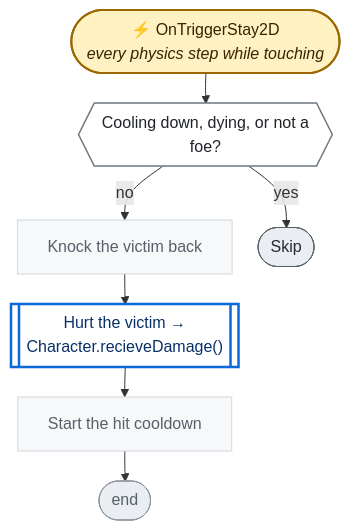
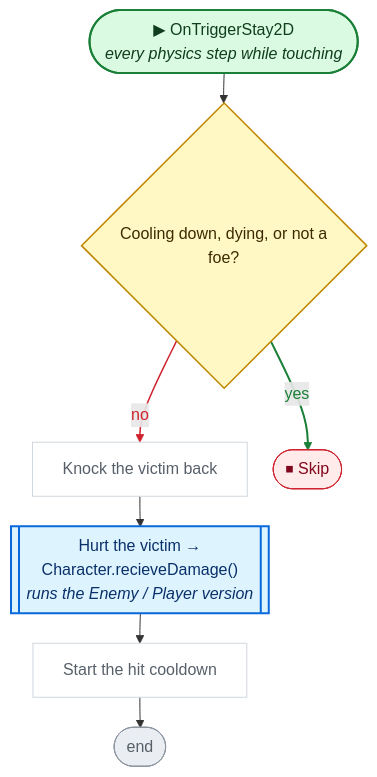
One commit to nataiai/Lord-of-the-Dungeon changed the seventh of 7 diagrams in CodeGraph~/graph/Enemy.cs.md. Above: the diagram before and after it, drawn with Mermaid. The commit also changed other lines of this file and 44 other files, not shown here.

````diff
--- a/CodeGraph~/graph/Enemy.cs.md
+++ b/CodeGraph~/graph/Enemy.cs.md
@@ -401,39 +450,45 @@
 ```mermaid
 ---
 config:
   flowchart:
     wrappingWidth: 260
     nodeSpacing: 26
     rankSpacing: 30
 ---
 flowchart TD
-  nS(["⚡ OnTriggerStay2D<br><i>every physics step while touching</i>"])
-  nbd9b75{{"Cooling down, dying, or not a<br>foe?"}}
+  nS(["▶ OnTriggerStay2D<br><i>every physics step while touching</i>"])
+  nbd9b75{"Cooling down, dying, or not a<br>foe?"}
   n407dd7["Knock the victim back"]
-  nb9a202[["Hurt the victim →<br>Character.recieveDamage()"]]
+  nb9a202[["Hurt the victim →<br>Character.recieveDamage()<br><i>runs the Enemy / Player version</i>"]]
   n64f06b["Start the hit cooldown"]
   nE(["end"])
-  nb2e4fc(["Skip"])
+  nb2e4fc(["⏹ Skip"])
   nS --> nbd9b75
   nbd9b75 -->|no| n407dd7
   nbd9b75 -->|yes| nb2e4fc
   n407dd7 --> nb9a202
   nb9a202 --> n64f06b
   n64f06b --> nE
-  classDef unity fill:#fff1c2,stroke:#9a6700,stroke-width:2px,color:#3b2300
-  classDef start fill:#ddf4ff,stroke:#0969da,stroke-width:2px,color:#0a3069
-  classDef calc fill:#f6f8fa,stroke:#d0d7de,color:#57606a
-  classDef calls fill:#ffffff,stroke:#0969da,stroke-width:2.5px,color:#0a3069
-  classDef cond fill:#ffffff,stroke:#6e7781,stroke-width:1.5px,color:#1f2328
-  classDef loop fill:#fbefff,stroke:#8250df,color:#3e1f79
-  classDef exit fill:#eaeef2,stroke:#57606a,color:#24292f
-  classDef wait fill:#fff8f0,stroke:#bc4c00,color:#4d1d00
+  linkStyle 1 stroke:#cf222e,stroke-width:1.5px,color:#cf222e
+  linkStyle 2 stroke:#1a7f37,stroke-width:2px,color:#1a7f37
+  classDef unity fill:#dafbe1,stroke:#1a7f37,stroke-width:2px,color:#0f3d1d
+  classDef start fill:#dafbe1,stroke:#1a7f37,stroke-width:2px,color:#0f3d1d
+  classDef calc fill:#ffffff,stroke:#d0d7de,color:#57606a
+  classDef calls fill:#ddf4ff,stroke:#0969da,stroke-width:2px,color:#0a3069
+  classDef ext fill:#ddf4ff,stroke:#0969da,stroke-width:2px,stroke-dasharray:5 3,color:#0a3069
+  classDef cond fill:#fff8c5,stroke:#bf8700,stroke-width:1.5px,color:#3d2a00
+  classDef loop fill:#f6f8fa,stroke:#57606a,color:#1f2328
+  classDef exit fill:#ffebe9,stroke:#cf222e,color:#82071e
+  classDef kill fill:#ffebe9,stroke:#cf222e,stroke-width:2px,color:#82071e
+  classDef spawn fill:#dafbe1,stroke:#1a7f37,stroke-width:2px,color:#0f3d1d
+  classDef wait fill:#fff1e5,stroke:#bc4c00,color:#4d1d00
   classDef fin fill:#eaeef2,stroke:#8c959f,color:#57606a
   classDef join fill:#d0d7de,stroke:#8c959f,color:#57606a
+  classDef ghdr fill:#f5f9ff,stroke:#f5f9ff,color:#0a3069,font-weight:bold
   class n407dd7,n64f06b calc
   class nb9a202 calls
   class nbd9b75 cond
   class nb2e4fc exit
   class nE fin
   class nS unity
 ```
````
